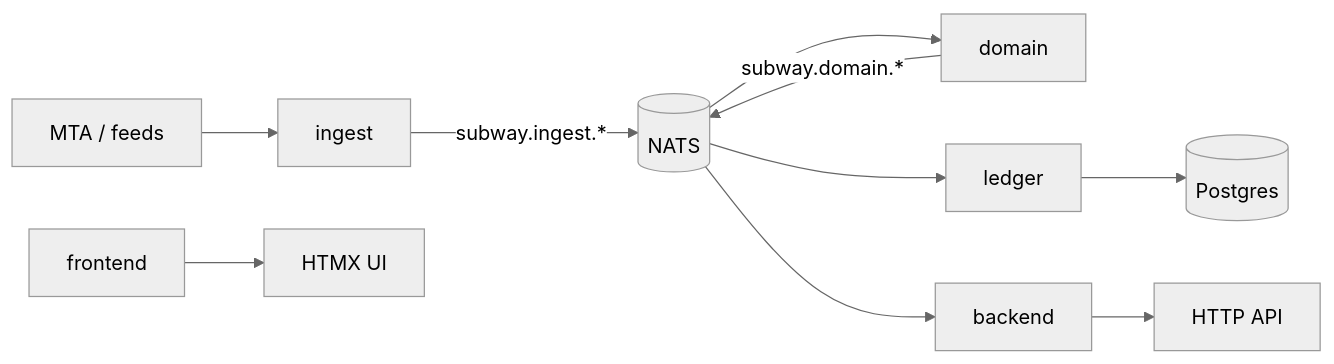
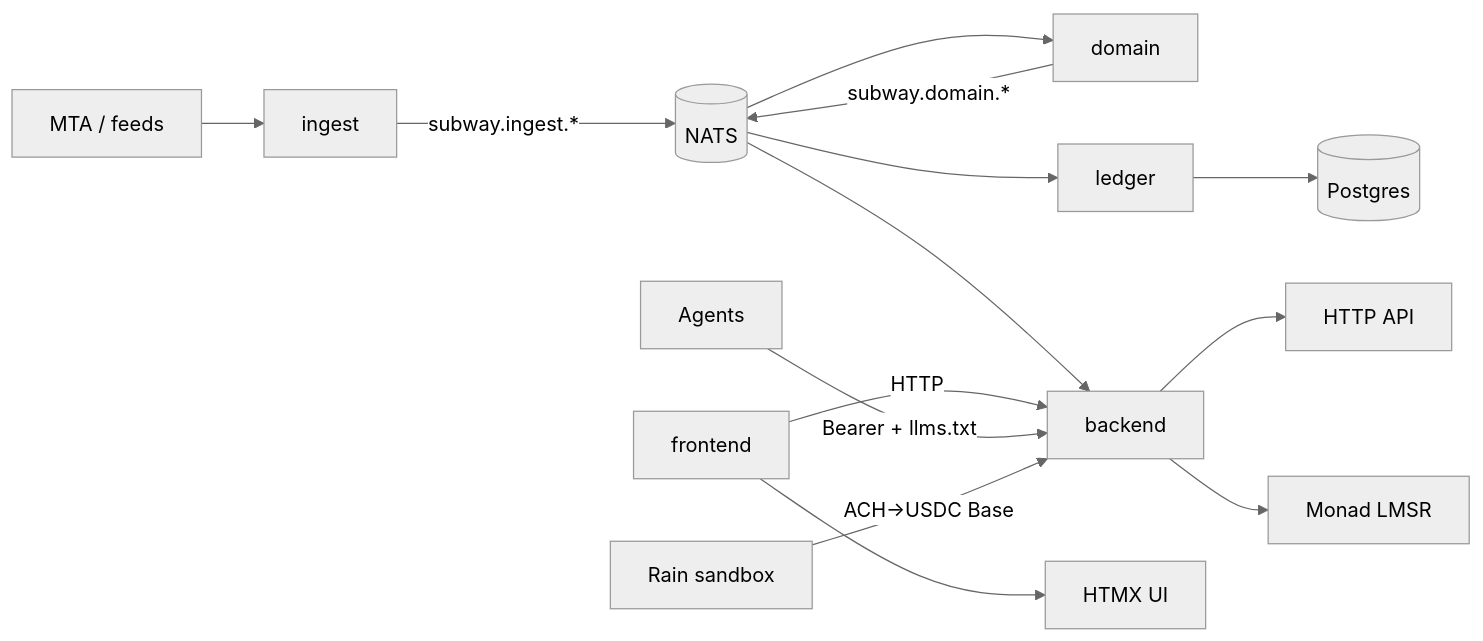
The diagram in README.md (lognorman20/subway-market), drawn with Mermaid (neutral theme) before and after one commit. The commit also changed other lines of this file, not shown here.

````diff
--- a/README.md
+++ b/README.md
@@ -7,12 +11,16 @@
 ```mermaid
 flowchart LR
   MTA[MTA / feeds] --> ingest
   ingest -->|subway.ingest.*| NATS[(NATS)]
   NATS --> domain
   domain -->|subway.domain.*| NATS
   NATS --> ledger
   ledger --> PG[(Postgres)]
   NATS --> backend
   backend --> API[HTTP API]
+  backend --> Chain[Monad LMSR]
   frontend --> UI[HTMX UI]
+  frontend -->|HTTP| backend
+  Agents[Agents] -->|Bearer + llms.txt| backend
+  Rain[Rain sandbox] -->|ACH→USDC Base| backend
 ```
````
